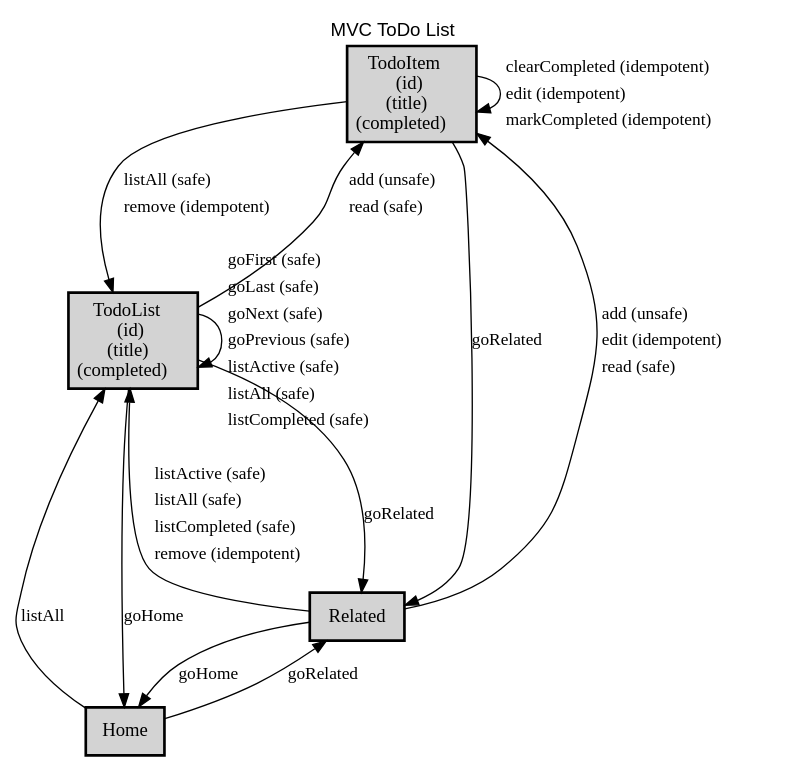
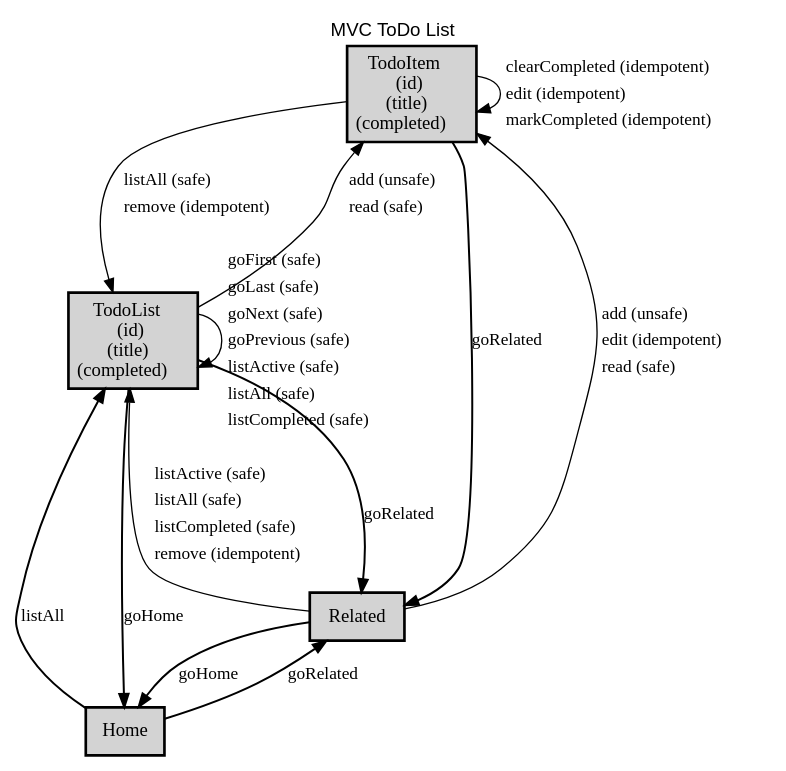
Before and after one commit to alps-asd/app-state-diagram: the diagram in docs/todomvc/profile.title.dot, drawn with Graphviz. The commit also changed 39 other files, not shown here.

```diff
--- a/docs/todomvc/profile.title.dot
+++ b/docs/todomvc/profile.title.dot
@@ -1,29 +1,29 @@
 digraph application_state_diagram {
   graph [
     labelloc="t";
     fontname="Helvetica"
     label="MVC ToDo List";
     URL="index.html" target="_parent"
   ];
   node [shape = box, style = "bold,filled" fillcolor="lightgray"];
 
-    TodoItem [margin=0.02, label=<<table cellspacing="0" cellpadding="5" border="0"><tr><td>TodoItem<br />(id)<br />(title)<br />(completed)<br /></td></tr></table>>,shape=box URL="docs/semantic.TodoItem.html" target="_parent"]
-    TodoList [margin=0.02, label=<<table cellspacing="0" cellpadding="5" border="0"><tr><td>TodoList<br />(id)<br />(title)<br />(completed)<br /></td></tr></table>>,shape=box URL="docs/semantic.TodoList.html" target="_parent"]
+    TodoItem [margin=0.02, label=<<table cellspacing="0" cellpadding="5" border="0"><tr><td>TodoItem<br />(id)<br />(title)<br />(completed)<br /></td></tr></table>>,shape=box URL="#TodoItem" target="_parent"]
+    TodoList [margin=0.02, label=<<table cellspacing="0" cellpadding="5" border="0"><tr><td>TodoList<br />(id)<br />(title)<br />(completed)<br /></td></tr></table>>,shape=box URL="#TodoList" target="_parent"]
 
-    Home -> Related [label = <goRelated> URL="docs/safe.goRelated.html" target="_parent" fontsize=13];
-    Home -> TodoList [label = <listAll> URL="docs/safe.listAll.html" target="_parent" fontsize=13];
-    Related -> Home [label = <goHome> URL="docs/safe.goHome.html" target="_parent" fontsize=13];
-    Related -> TodoItem [label=<<table border="0"><tr><td align="left" href="docs/unsafe.add.html" tooltip="add (unsafe)" >add (unsafe)</td></tr><tr><td align="left" href="docs/idempotent.edit.html" tooltip="edit (idempotent)" >edit (idempotent)</td></tr><tr><td align="left" href="docs/safe.read.html" tooltip="read (safe)" >read (safe)</td></tr></table>> fontsize=13];
-    Related -> TodoList [label=<<table border="0"><tr><td align="left" href="docs/safe.listActive.html" tooltip="listActive (safe)" >listActive (safe)</td></tr><tr><td align="left" href="docs/safe.listAll.html" tooltip="listAll (safe)" >listAll (safe)</td></tr><tr><td align="left" href="docs/safe.listCompleted.html" tooltip="listCompleted (safe)" >listCompleted (safe)</td></tr><tr><td align="left" href="docs/idempotent.remove.html" tooltip="remove (idempotent)" >remove (idempotent)</td></tr></table>> fontsize=13];
-    TodoItem -> Related [label = <goRelated> URL="docs/safe.goRelated.html" target="_parent" fontsize=13];
-    TodoItem -> TodoItem [label=<<table border="0"><tr><td align="left" href="docs/idempotent.clearCompleted.html" tooltip="clearCompleted (idempotent)" >clearCompleted (idempotent)</td></tr><tr><td align="left" href="docs/idempotent.edit.html" tooltip="edit (idempotent)" >edit (idempotent)</td></tr><tr><td align="left" href="docs/idempotent.markCompleted.html" tooltip="markCompleted (idempotent)" >markCompleted (idempotent)</td></tr></table>> fontsize=13];
-    TodoItem -> TodoList [label=<<table border="0"><tr><td align="left" href="docs/safe.listAll.html" tooltip="listAll (safe)" >listAll (safe)</td></tr><tr><td align="left" href="docs/idempotent.remove.html" tooltip="remove (idempotent)" >remove (idempotent)</td></tr></table>> fontsize=13];
-    TodoList -> Home [label = <goHome> URL="docs/safe.goHome.html" target="_parent" fontsize=13];
-    TodoList -> Related [label = <goRelated> URL="docs/safe.goRelated.html" target="_parent" fontsize=13];
-    TodoList -> TodoItem [label=<<table border="0"><tr><td align="left" href="docs/unsafe.add.html" tooltip="add (unsafe)" >add (unsafe)</td></tr><tr><td align="left" href="docs/safe.read.html" tooltip="read (safe)" >read (safe)</td></tr></table>> fontsize=13];
-    TodoList -> TodoList [label=<<table border="0"><tr><td align="left" href="docs/safe.goFirst.html" tooltip="goFirst (safe)" >goFirst (safe)</td></tr><tr><td align="left" href="docs/safe.goLast.html" tooltip="goLast (safe)" >goLast (safe)</td></tr><tr><td align="left" href="docs/safe.goNext.html" tooltip="goNext (safe)" >goNext (safe)</td></tr><tr><td align="left" href="docs/safe.goPrevious.html" tooltip="goPrevious (safe)" >goPrevious (safe)</td></tr><tr><td align="left" href="docs/safe.listActive.html" tooltip="listActive (safe)" >listActive (safe)</td></tr><tr><td align="left" href="docs/safe.listAll.html" tooltip="listAll (safe)" >listAll (safe)</td></tr><tr><td align="left" href="docs/safe.listCompleted.html" tooltip="listCompleted (safe)" >listCompleted (safe)</td></tr></table>> fontsize=13];
+    Home -> Related [label = <goRelated> URL="#goRelated" target="_parent" fontsize=13 class="goRelated" penwidth=1.5];
+    Home -> TodoList [label = <listAll> URL="#listAll" target="_parent" fontsize=13 class="listAll" penwidth=1.5];
+    Related -> Home [label = <goHome> URL="#goHome" target="_parent" fontsize=13 class="goHome" penwidth=1.5];
+    Related -> TodoItem [label=<<table border="0"><tr><td align="left" href="#add" tooltip="add (unsafe)" >add (unsafe)</td></tr><tr><td align="left" href="#edit" tooltip="edit (idempotent)" >edit (idempotent)</td></tr><tr><td align="left" href="#read" tooltip="read (safe)" >read (safe)</td></tr></table>> fontsize=13];
+    Related -> TodoList [label=<<table border="0"><tr><td align="left" href="#listActive" tooltip="listActive (safe)" >listActive (safe)</td></tr><tr><td align="left" href="#listAll" tooltip="listAll (safe)" >listAll (safe)</td></tr><tr><td align="left" href="#listCompleted" tooltip="listCompleted (safe)" >listCompleted (safe)</td></tr><tr><td align="left" href="#remove" tooltip="remove (idempotent)" >remove (idempotent)</td></tr></table>> fontsize=13];
+    TodoItem -> Related [label = <goRelated> URL="#goRelated" target="_parent" fontsize=13 class="goRelated" penwidth=1.5];
+    TodoItem -> TodoItem [label=<<table border="0"><tr><td align="left" href="#clearCompleted" tooltip="clearCompleted (idempotent)" >clearCompleted (idempotent)</td></tr><tr><td align="left" href="#edit" tooltip="edit (idempotent)" >edit (idempotent)</td></tr><tr><td align="left" href="#markCompleted" tooltip="markCompleted (idempotent)" >markCompleted (idempotent)</td></tr></table>> fontsize=13];
+    TodoItem -> TodoList [label=<<table border="0"><tr><td align="left" href="#listAll" tooltip="listAll (safe)" >listAll (safe)</td></tr><tr><td align="left" href="#remove" tooltip="remove (idempotent)" >remove (idempotent)</td></tr></table>> fontsize=13];
+    TodoList -> Home [label = <goHome> URL="#goHome" target="_parent" fontsize=13 class="goHome" penwidth=1.5];
+    TodoList -> Related [label = <goRelated> URL="#goRelated" target="_parent" fontsize=13 class="goRelated" penwidth=1.5];
+    TodoList -> TodoItem [label=<<table border="0"><tr><td align="left" href="#add" tooltip="add (unsafe)" >add (unsafe)</td></tr><tr><td align="left" href="#read" tooltip="read (safe)" >read (safe)</td></tr></table>> fontsize=13];
+    TodoList -> TodoList [label=<<table border="0"><tr><td align="left" href="#goFirst" tooltip="goFirst (safe)" >goFirst (safe)</td></tr><tr><td align="left" href="#goLast" tooltip="goLast (safe)" >goLast (safe)</td></tr><tr><td align="left" href="#goNext" tooltip="goNext (safe)" >goNext (safe)</td></tr><tr><td align="left" href="#goPrevious" tooltip="goPrevious (safe)" >goPrevious (safe)</td></tr><tr><td align="left" href="#listActive" tooltip="listActive (safe)" >listActive (safe)</td></tr><tr><td align="left" href="#listAll" tooltip="listAll (safe)" >listAll (safe)</td></tr><tr><td align="left" href="#listCompleted" tooltip="listCompleted (safe)" >listCompleted (safe)</td></tr></table>> fontsize=13];
 
-    Home [label = <Home> URL="docs/semantic.Home.html" target="_parent"]
-    Related [label = <Related> URL="docs/semantic.Related.html" target="_parent"]
+    Home [label = <Home> URL="#Home" target="_parent"]
+    Related [label = <Related> URL="#Related" target="_parent"]
 
 }
```
